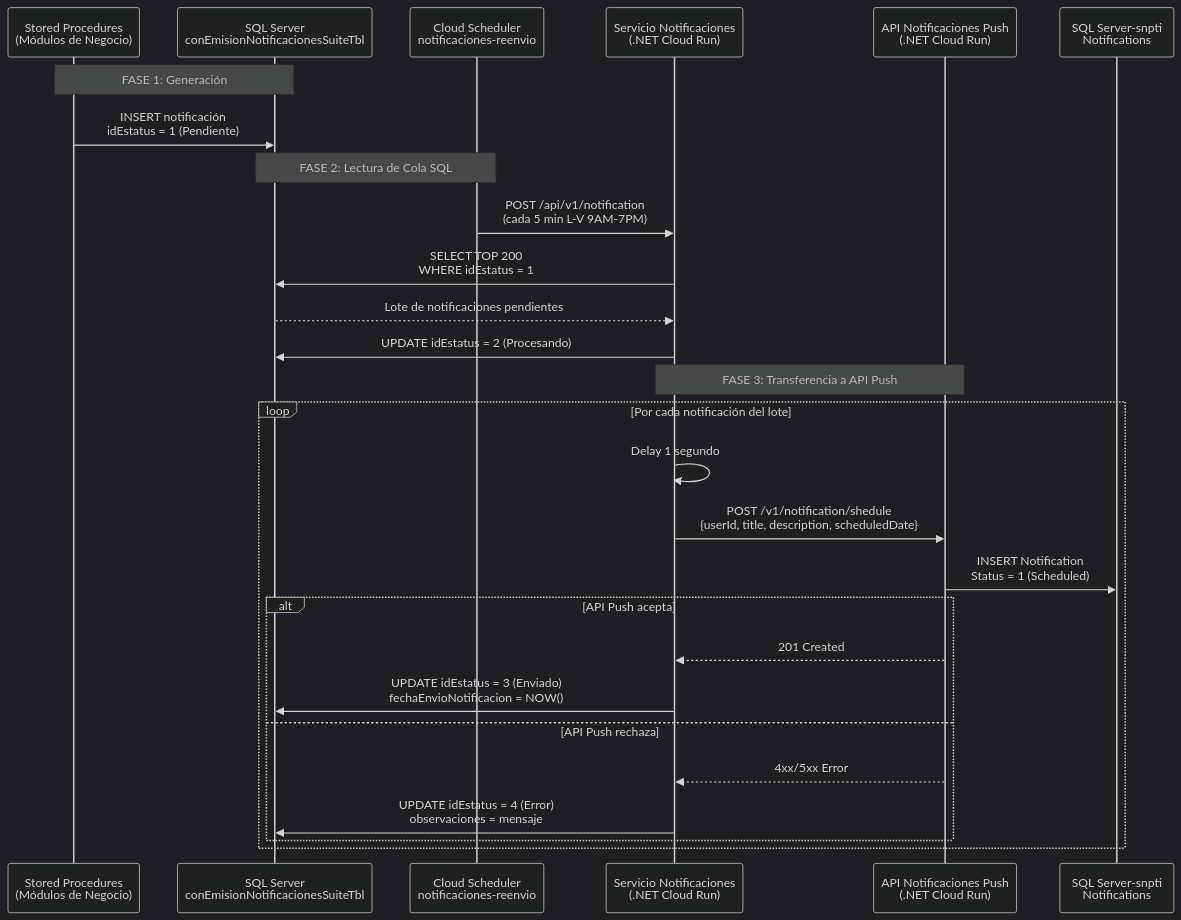
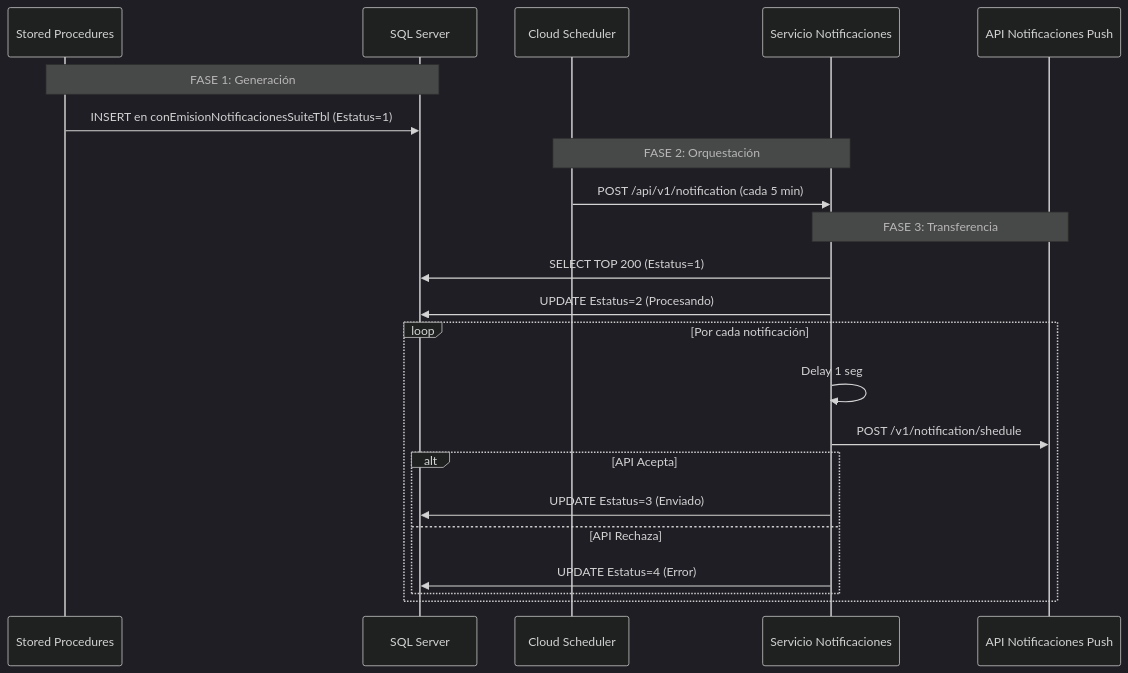
Before and after one commit to EdRre/documentacion: the second of 3 diagrams in notificaciones_suite/DOCUMENTACION_FEATURE_NOTIFICACIONES_APPSUITE.md, drawn with Mermaid (dark theme). The commit also changed other lines of this file, not shown here.

Commit message:
Refactor notification system documentation to clarify process phases and interaction flow

````diff
--- a/notificaciones_suite/DOCUMENTACION_FEATURE_NOTIFICACIONES_APPSUITE.md
+++ b/notificaciones_suite/DOCUMENTACION_FEATURE_NOTIFICACIONES_APPSUITE.md
@@ -133,33 +99,27 @@
 ```mermaid
 sequenceDiagram
-    participant SP as Stored Procedures<br/>(Módulos de Negocio)
-    participant DB1 as SQL Server<br/>conEmisionNotificacionesSuiteTbl
-    participant CS1 as Cloud Scheduler<br/>notificaciones-reenvio
-    participant SRV as Servicio Notificaciones<br/>(.NET Cloud Run)
-    participant API as API Notificaciones Push<br/>(.NET Cloud Run)
-    participant DB2 as SQL Server-snpti<br/>Notifications
+    participant SP as Stored Procedures
+    participant DB1 as SQL Server
+    participant CS1 as Cloud Scheduler
+    participant SRV as Servicio Notificaciones
+    participant API as API Notificaciones Push
     
     Note over SP,DB1: FASE 1: Generación
-    SP->>DB1: INSERT notificación<br/>idEstatus = 1 (Pendiente)
+    SP->>DB1: INSERT en conEmisionNotificacionesSuiteTbl (Estatus=1)
     
-    Note over CS1,DB1: FASE 2: Lectura de Cola SQL
-    CS1->>SRV: POST /api/v1/notification<br/>(cada 5 min L-V 9AM-7PM)
-    SRV->>DB1: SELECT TOP 200<br/>WHERE idEstatus = 1
-    DB1-->>SRV: Lote de notificaciones pendientes
-    SRV->>DB1: UPDATE idEstatus = 2 (Procesando)
+    Note over CS1,SRV: FASE 2: Orquestación
+    CS1->>SRV: POST /api/v1/notification (cada 5 min)
     
-    Note over SRV,API: FASE 3: Transferencia a API Push
-    loop Por cada notificación del lote
-        SRV->>SRV: Delay 1 segundo
-        SRV->>API: POST /v1/notification/shedule<br/>{userId, title, description, scheduledDate}
-        API->>DB2: INSERT Notification<br/>Status = 1 (Scheduled)
-        
-        alt API Push acepta
-            API-->>SRV: 201 Created
-            SRV->>DB1: UPDATE idEstatus = 3 (Enviado)<br/>fechaEnvioNotificacion = NOW()
-        else API Push rechaza
-            API-->>SRV: 4xx/5xx Error
-            SRV->>DB1: UPDATE idEstatus = 4 (Error)<br/>observaciones = mensaje
+    Note over SRV,API: FASE 3: Transferencia
+    SRV->>DB1: SELECT TOP 200 (Estatus=1)
+    SRV->>DB1: UPDATE Estatus=2 (Procesando)
+    loop Por cada notificación
+        SRV->>SRV: Delay 1 seg
+        SRV->>API: POST /v1/notification/shedule
+        alt API Acepta
+            SRV->>DB1: UPDATE Estatus=3 (Enviado)
+        else API Rechaza
+            SRV->>DB1: UPDATE Estatus=4 (Error)
         end
     end
 ```
````
